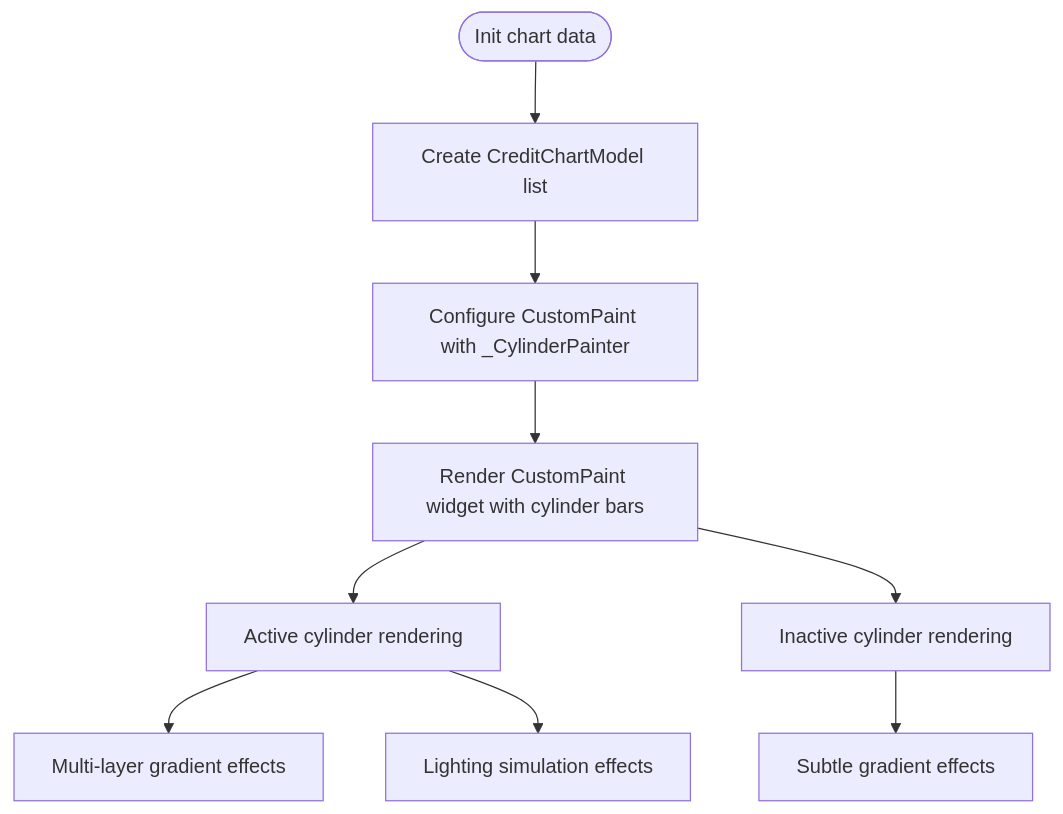
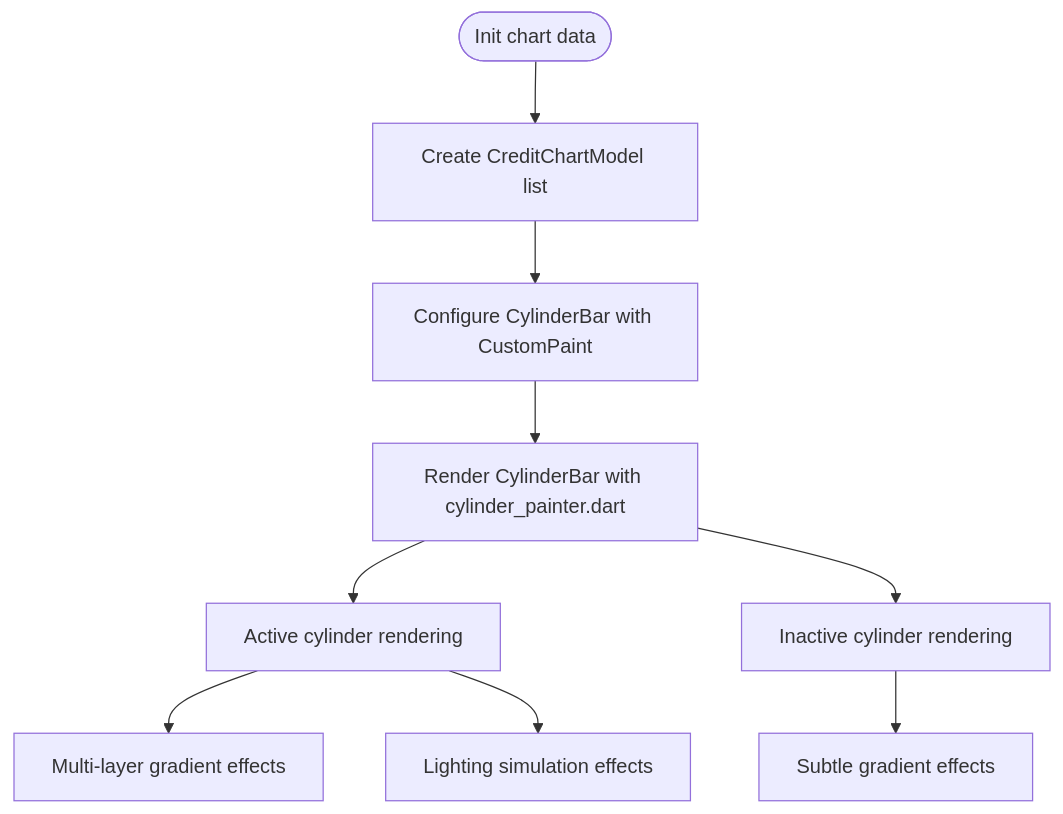
Before and after one commit to Ariful3111/FurniGo: the tenth of 15 diagrams in .qoder/repowiki/en/content/Core Features/User Profile Management/Credit Balance System.md, drawn with Mermaid. The commit also changed other lines of this file and 10 other files, not shown here.

````diff
--- a/.qoder/repowiki/en/content/Core Features/User Profile Management/Credit Balance System.md
+++ b/.qoder/repowiki/en/content/Core Features/User Profile Management/Credit Balance System.md
@@ -418,11 +461,11 @@
 ```mermaid
 flowchart TD
 Init(["Init chart data"]) --> BuildModel["Create CreditChartModel list"]
-BuildModel --> ConfigureChart["Configure CustomPaint with _CylinderPainter"]
-ConfigureChart --> Render["Render CustomPaint widget with cylinder bars"]
+BuildModel --> ConfigureChart["Configure CylinderBar with CustomPaint"]
+ConfigureChart --> Render["Render CylinderBar with cylinder_painter.dart"]
 Render --> ActiveState["Active cylinder rendering"]
 Render --> InactiveState["Inactive cylinder rendering"]
 ActiveState --> MultiGradient["Multi-layer gradient effects"]
 ActiveState --> Lighting["Lighting simulation effects"]
 InactiveState --> SubtleGradient["Subtle gradient effects"]
 ```
````
